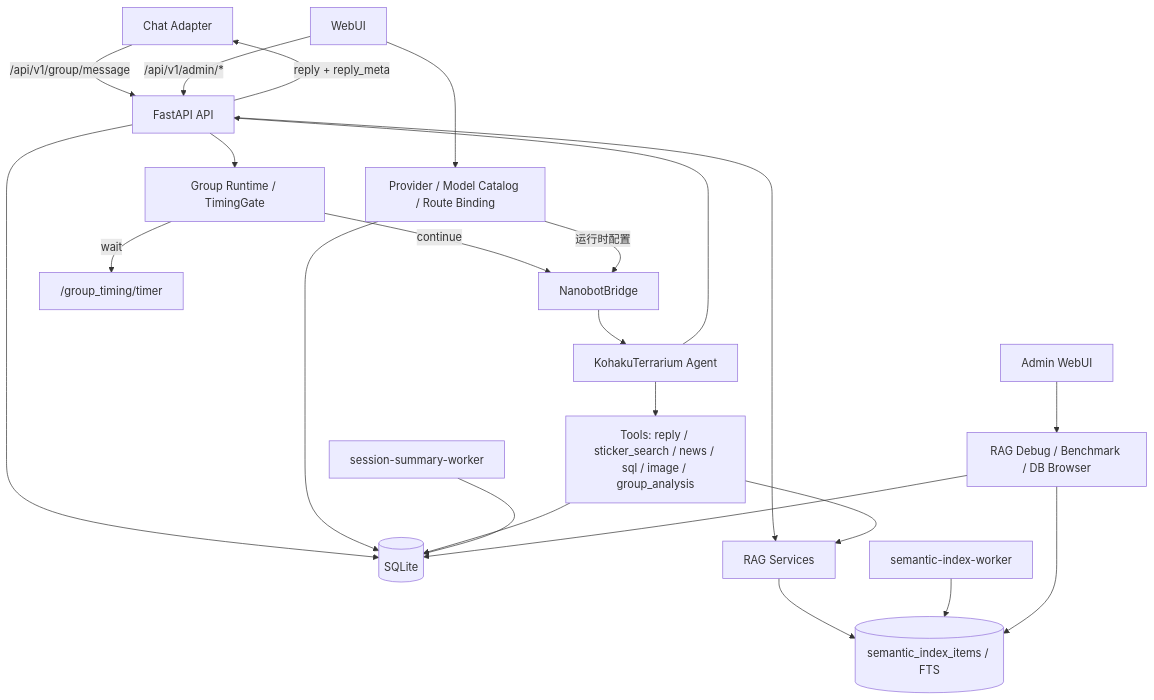
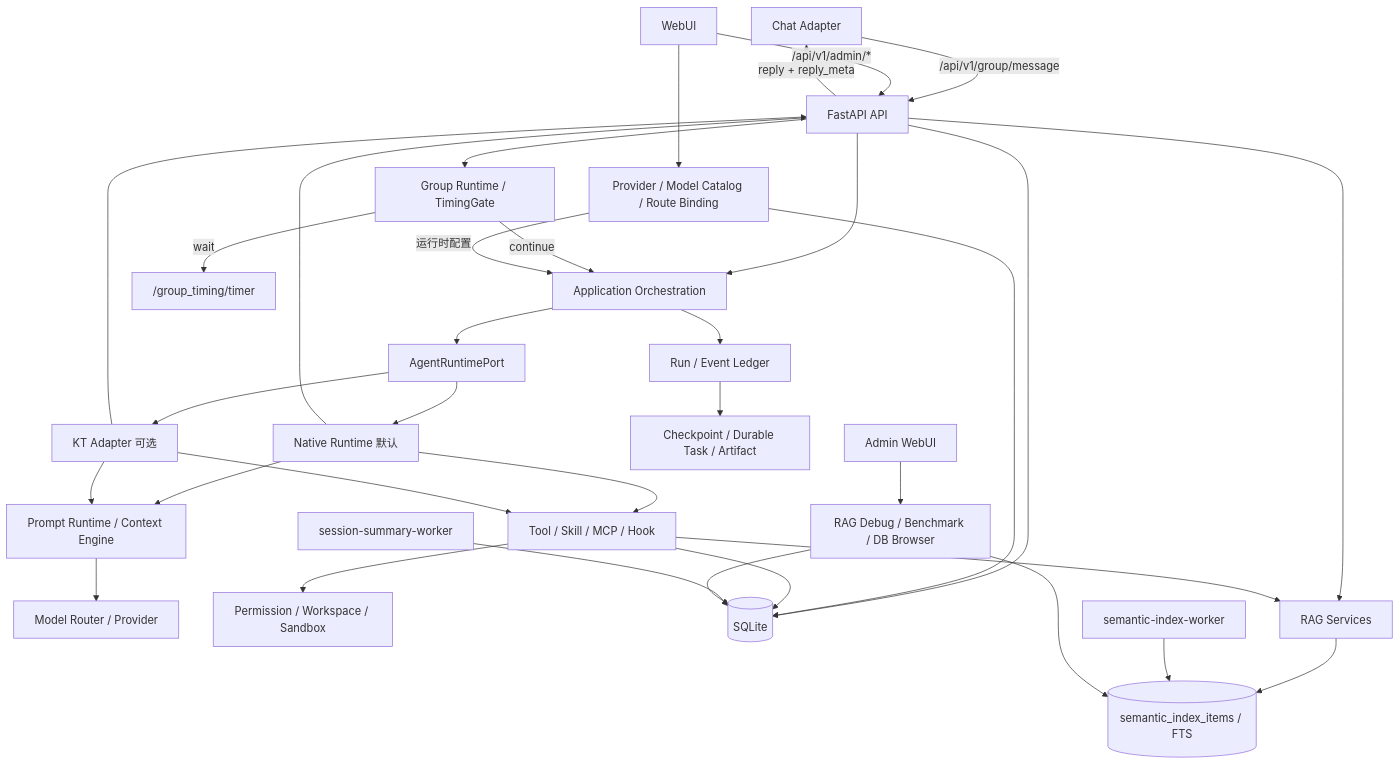
One commit to dascard/nanobot changed the diagram in README.md. Above: the diagram before and after it, drawn with Mermaid. The commit also changed other lines of this file and 7 other files, not shown here.

````diff
--- a/README.md
+++ b/README.md
@@ -38,25 +62,36 @@
 ```mermaid
 graph TD
     Chat[Chat Adapter] -->|/api/v1/group/message| API[FastAPI API]
     WEB[WebUI] -->|/api/v1/admin/*| API
+    API --> APP[Application Orchestration]
+    APP --> RP[AgentRuntimePort]
+    RP --> Native[Native Runtime 默认]
+    RP --> KT[KT Adapter 可选]
+    APP --> Ledger[Run / Event Ledger]
+    Ledger --> Recovery[Checkpoint / Durable Task / Artifact]
+    Native --> Prompt[Prompt Runtime / Context Engine]
+    KT --> Prompt
+    Prompt --> Models[Model Router / Provider]
+    Native --> Tools[Tool / Skill / MCP / Hook]
+    KT --> Tools
+    Tools --> Permission[Permission / Workspace / Sandbox]
     API --> DB[(SQLite)]
     API --> RAG[RAG Services]
     RAG --> SI[(semantic_index_items / FTS)]
     API --> RT[Group Runtime / TimingGate]
-    RT -->|continue| Bridge[NanobotBridge]
+    RT -->|continue| APP
     RT -->|wait| Timer["/group_timing/timer"]
-    Bridge --> KT[KohakuTerrarium Agent]
     WEB --> ModelControl[Provider / Model Catalog / Route Binding]
     ModelControl --> DB
-    ModelControl -->|运行时配置| Bridge
-    KT --> Tools[Tools: reply / sticker_search / news / sql / image / group_analysis]
+    ModelControl -->|运行时配置| APP
     Tools --> DB
     Tools --> RAG
+    Native --> API
     KT --> API
     API -->|reply + reply_meta| Chat
     SummaryWorker[session-summary-worker] --> DB
     SemanticWorker[semantic-index-worker] --> SI
     Admin[Admin WebUI] --> Debug[RAG Debug / Benchmark / DB Browser]
     Debug --> DB
     Debug --> SI
 ```
````
